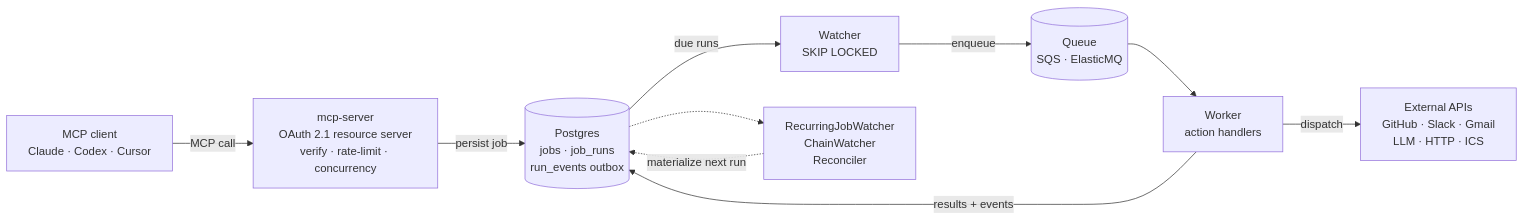
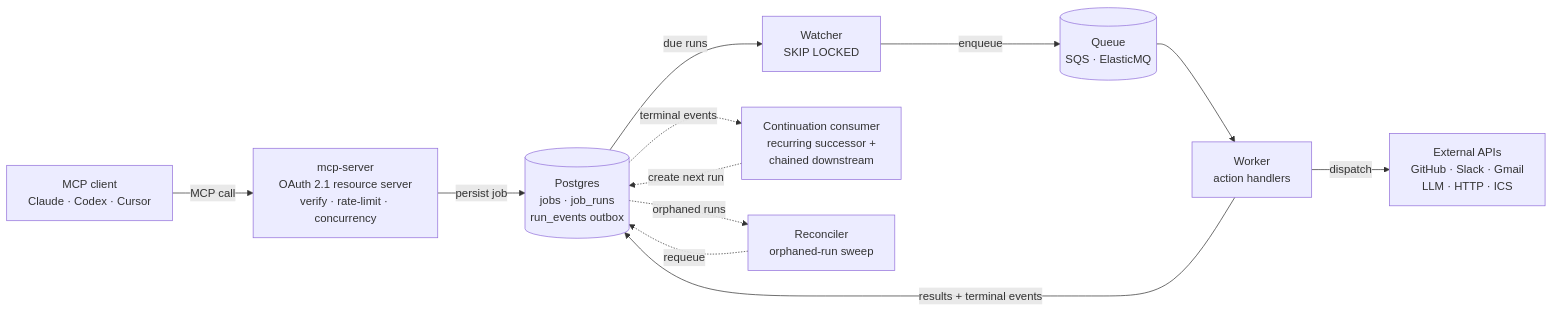
One commit to PaynePew/task_scheduler_mcp changed the first of 2 diagrams in README.md. Above: the diagram before and after it, drawn with Mermaid. The commit also changed other lines of this file and 3 other files, not shown here.

First line of the commit message:
docs: refresh README/zh-TW/landing for continuation + Job.state

````diff
--- a/README.md
+++ b/README.md
@@ -34,21 +34,24 @@
 ```mermaid
 flowchart LR
     CL["MCP client<br/>Claude · Codex · Cursor"]
     SRV["mcp-server<br/>OAuth 2.1 resource server<br/>verify · rate-limit · concurrency"]
     PG[("Postgres<br/>jobs · job_runs<br/>run_events outbox")]
     WAT["Watcher<br/>SKIP LOCKED"]
     Q[("Queue<br/>SQS · ElasticMQ")]
     WO["Worker<br/>action handlers"]
     EXT["External APIs<br/>GitHub · Slack · Gmail<br/>LLM · HTTP · ICS"]
-    CTL["RecurringJobWatcher<br/>ChainWatcher<br/>Reconciler"]
+    CONT["Continuation consumer<br/>recurring successor +<br/>chained downstream"]
+    REC["Reconciler<br/>orphaned-run sweep"]
 
     CL -->|MCP call| SRV
     SRV -->|persist job| PG
     PG -->|due runs| WAT
     WAT -->|enqueue| Q
     Q --> WO
     WO -->|dispatch| EXT
-    WO -->|results + events| PG
-    PG -.-> CTL
-    CTL -.materialize next run.-> PG
+    WO -->|results + terminal events| PG
+    PG -. terminal events .-> CONT
+    CONT -. create next run .-> PG
+    PG -. orphaned runs .-> REC
+    REC -. requeue .-> PG
 ```
````
